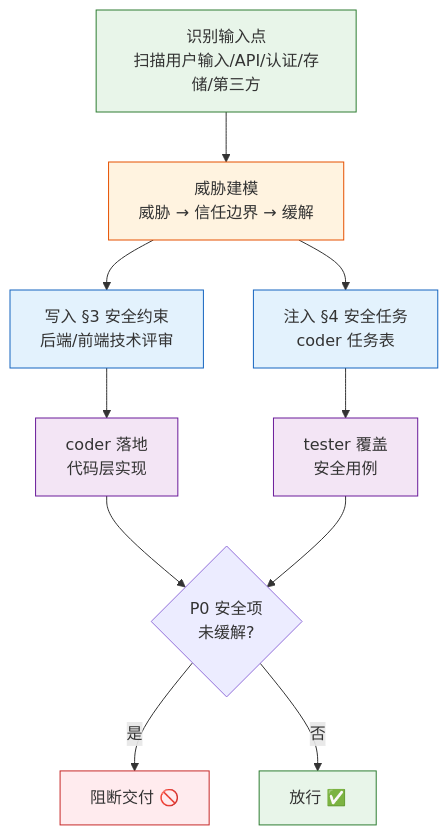
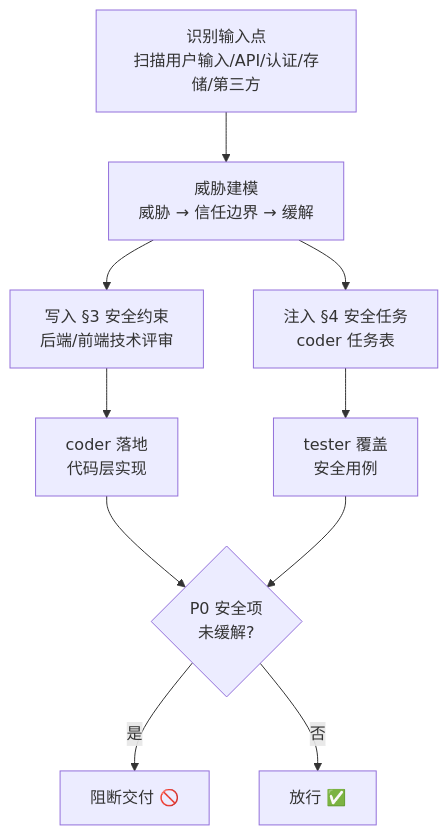
Before and after one commit to effiy/YrY: the first of 5 diagrams in agents/security.md, drawn with Mermaid. The commit also changed other lines of this file and 9 other files, not shown here.

````diff
--- a/agents/security.md
+++ b/agents/security.md
@@ -15,18 +15,12 @@
 ```mermaid
 flowchart TB
     IN["识别输入点<br/>扫描用户输入/API/认证/存储/第三方"]:::src --> TM["威胁建模<br/>威胁 → 信任边界 → 缓解"]:::core
     TM --> S3["写入 §3 安全约束<br/>后端/前端技术评审"]:::out
     TM --> S4["注入 §4 安全任务<br/>coder 任务表"]:::out
     S3 --> CD["coder 落地<br/>代码层实现"]:::impl
     S4 --> TS["tester 覆盖<br/>安全用例"]:::impl
     CD & TS --> AUD{"P0 安全项<br/>未缓解?"}
     AUD -->|"是"| BLK["阻断交付 🚫"]:::block
     AUD -->|"否"| PASS["放行 ✅"]:::ok
 
-    classDef src fill:#e8f5e9,stroke:#2e7d32;
-    classDef core fill:#fff3e0,stroke:#e65100;
-    classDef out fill:#e3f2fd,stroke:#1565c0;
-    classDef impl fill:#f3e5f5,stroke:#6a1b9a;
-    classDef block fill:#ffebee,stroke:#c62828;
-    classDef ok fill:#e8f5e9,stroke:#2e7d32;
 ```
````
